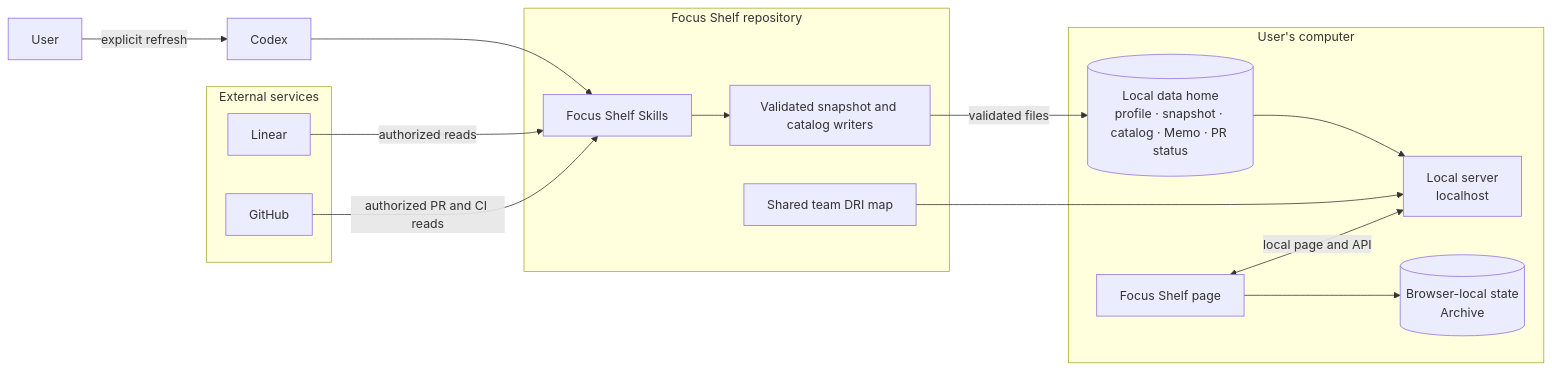
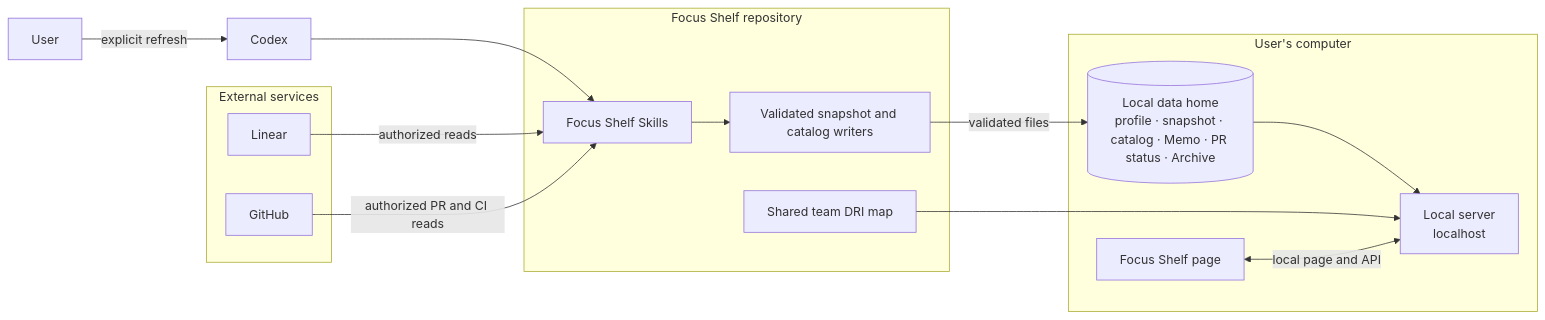
Before and after one commit to ShengHuang21/focus-shelf: the diagram in README.md, drawn with Mermaid. The commit also changed other lines of this file and 7 other files, not shown here.

````diff
--- a/README.md
+++ b/README.md
@@ -5,32 +5,30 @@
 ```mermaid
 flowchart LR
   User[User] -->|explicit refresh| Codex[Codex]
 
   subgraph Repo[Focus Shelf repository]
     Skills[Focus Shelf Skills]
     Writers[Validated snapshot and catalog writers]
     DRI[Shared team DRI map]
     Skills --> Writers
   end
 
   subgraph Services[External services]
     Linear[Linear]
     GitHub[GitHub]
   end
 
   subgraph Local[User's computer]
-    Data[(Local data home<br/>profile · snapshot · catalog · Memo · PR status)]
+    Data[(Local data home<br/>profile · snapshot · catalog · Memo · PR status · Archive)]
     Server[Local server<br/>localhost]
     Page[Focus Shelf page]
-    BrowserData[(Browser-local state<br/>Archive)]
   end
 
   Codex --> Skills
   Linear -->|authorized reads| Skills
   GitHub -->|authorized PR and CI reads| Skills
   Writers -->|validated files| Data
   Data --> Server
   DRI --> Server
   Page <-->|local page and API| Server
-  Page --> BrowserData
 ```
````
